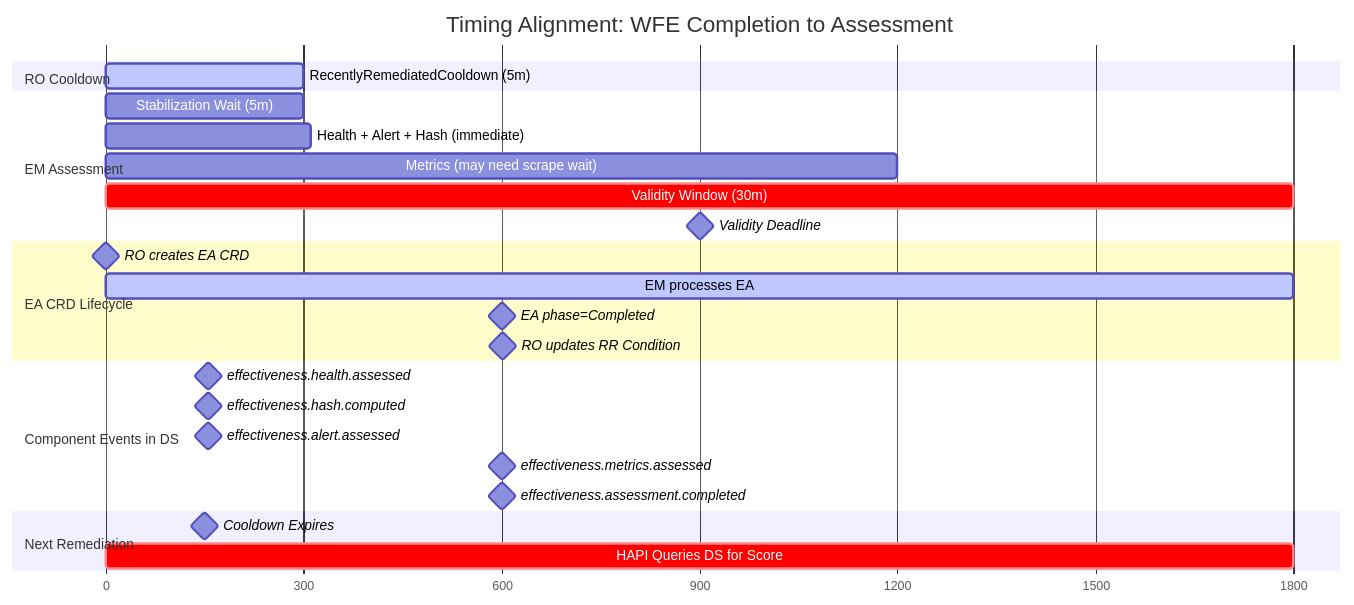
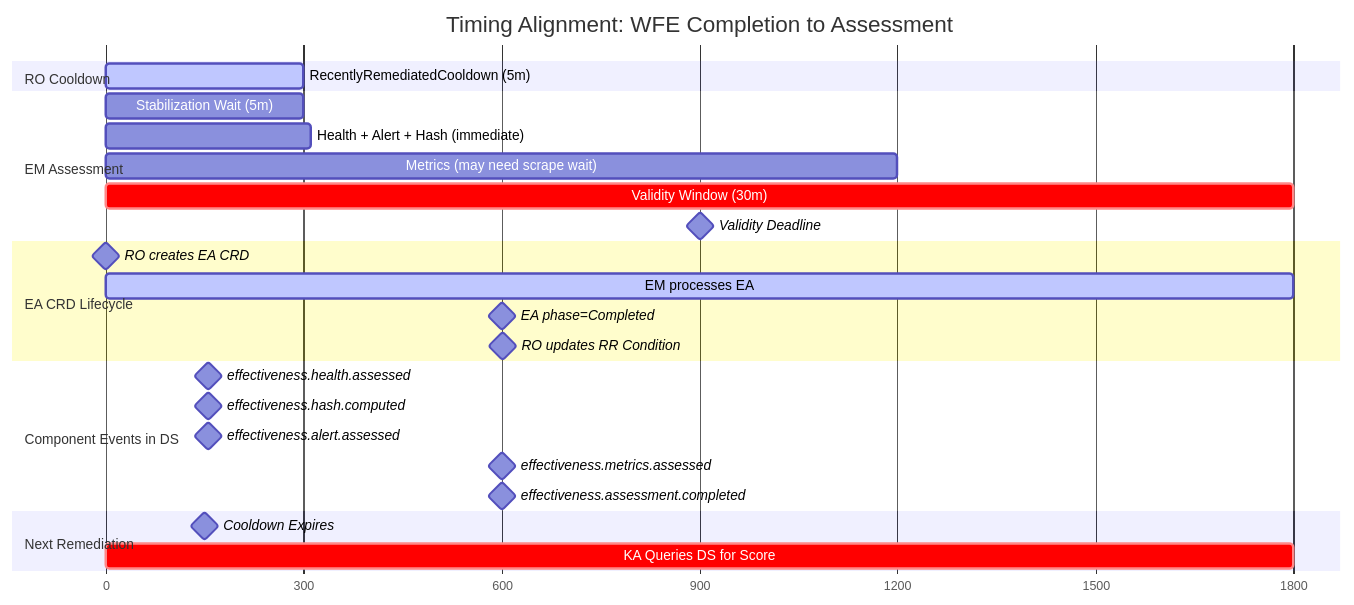
Before and after one commit to jordigilh/kubernaut: the seventh of 8 diagrams in docs/architecture/decisions/ADR-EM-001-effectiveness-monitor-service-integration.md, drawn with Mermaid. The commit also changed other lines of this file and 36 other files, not shown here.

````diff
--- a/docs/architecture/decisions/ADR-EM-001-effectiveness-monitor-service-integration.md
+++ b/docs/architecture/decisions/ADR-EM-001-effectiveness-monitor-service-integration.md
@@ -654,33 +654,33 @@
 ```mermaid
 gantt
     title Timing Alignment: WFE Completion to Assessment
     dateFormat X
     axisFormat %s
 
     section RO Cooldown
     RecentlyRemediatedCooldown (5m)     :active, cooldown, 0, 300
 
     section EM Assessment
     Stabilization Wait (5m)             :stab, 0, 300
     Health + Alert + Hash (immediate)   :assess1, 300, 310
     Metrics (may need scrape wait)      :assess2, 310, 1200
     Validity Window (30m)               :crit, validity, 0, 1800
     Validity Deadline                   :milestone, vdeadline, 1800, 1800
 
     section EA CRD Lifecycle
     RO creates EA CRD                   :milestone, create, 0, 0
     EM processes EA                     :active, emproc, 300, 1800
     EA phase=Completed                  :milestone, eadone, 1200, 1200
     RO updates RR Condition             :milestone, rrcond, 1201, 1201
 
     section Component Events in DS
     effectiveness.health.assessed       :milestone, healthev, 310, 310
     effectiveness.hash.computed         :milestone, hashev, 310, 310
     effectiveness.alert.assessed        :milestone, alertev, 310, 310
     effectiveness.metrics.assessed      :milestone, metev, 1200, 1200
     effectiveness.assessment.completed  :milestone, doneev, 1200, 1200
 
     section Next Remediation
     Cooldown Expires                    :milestone, expire, 300, 300
-    HAPI Queries DS for Score           :crit, query, 301, 1800
+    KA Queries DS for Score           :crit, query, 301, 1800
 ```
````
